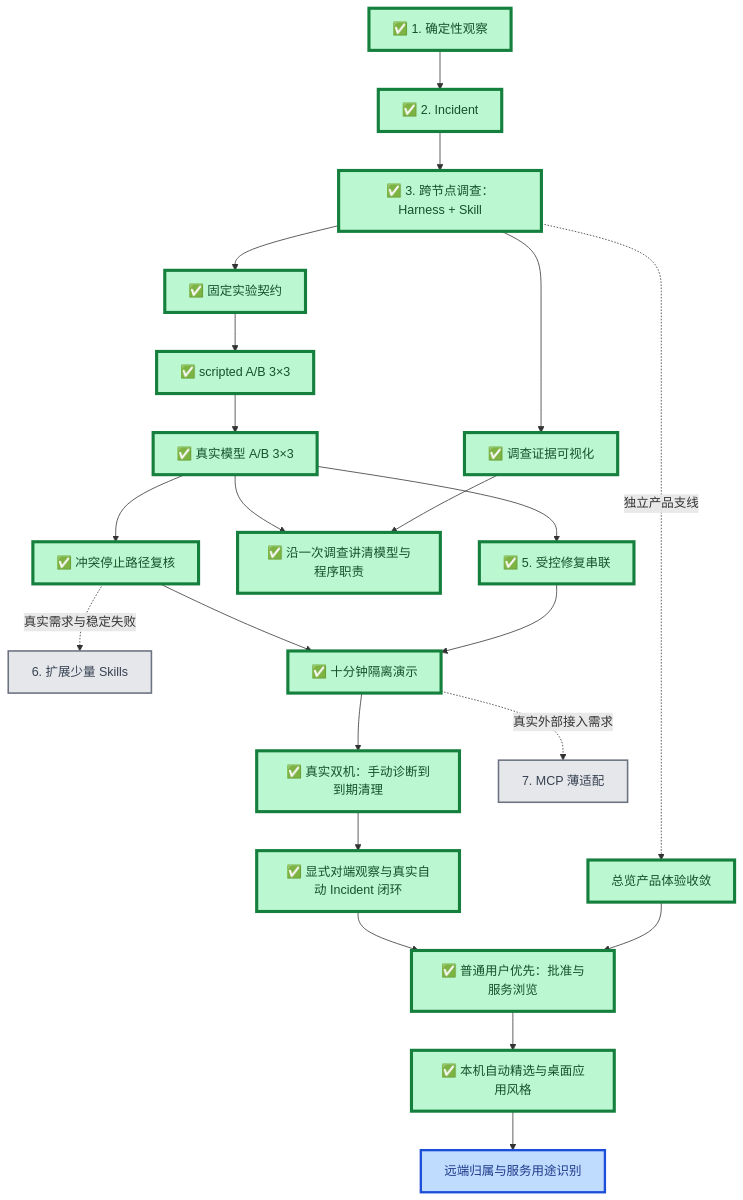
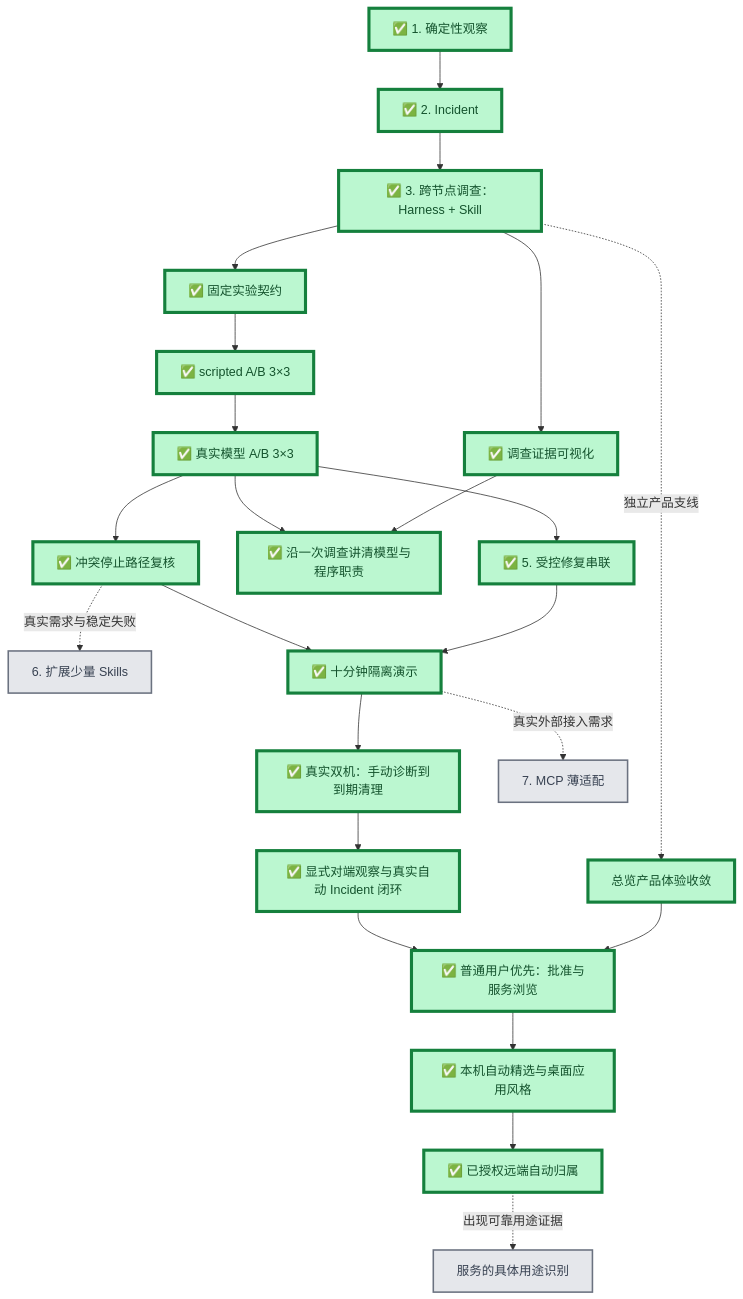
Before and after one commit to Sugarfarmeriod/TunnelMinion: the first of 2 diagrams in docs/project/roadmap.md, drawn with Mermaid. The commit also changed other lines of this file and 11 other files, not shown here.

````diff
--- a/docs/project/roadmap.md
+++ b/docs/project/roadmap.md
@@ -8,40 +8,42 @@
 ```mermaid
 flowchart TB
     A["✅ 1. 确定性观察"] --> B["✅ 2. Incident"]
     B --> C["✅ 3. 跨节点调查：Harness + Skill"]
 
     C --> D1["✅ 固定实验契约"]
     D1 --> D2["✅ scripted A/B 3×3"]
     D2 --> D3["✅ 真实模型 A/B 3×3"]
 
     D3 --> E["✅ 5. 受控修复串联"]
     C --> V["✅ 调查证据可视化"]
     V --> W["✅ 沿一次调查讲清模型与程序职责"]
     D3 --> W
     D3 --> F["✅ 冲突停止路径复核"]
     F -.真实需求与稳定失败.-> K["6. 扩展少量 Skills"]
     E --> H["✅ 十分钟隔离演示"]
     F --> H
     H --> R["✅ 真实双机：手动诊断到到期清理"]
     R --> I["✅ 显式对端观察与真实自动 Incident 闭环"]
     H -.真实外部接入需求.-> G["7. MCP 薄适配"]
 
     C -.独立产品支线.-> U["总览产品体验收敛"]
     U --> P["✅ 普通用户优先：批准与服务浏览"]
     I --> P
     P --> Q["✅ 本机自动精选与桌面应用风格"]
-    Q --> Q2["远端归属与服务用途识别"]
+    Q --> Q2["✅ 已授权远端自动归属"]
+    Q2 -.出现可靠用途证据.-> Q3["服务的具体用途识别"]
 
     classDef done fill:#bbf7d0,stroke:#15803d,stroke-width:4px,color:#14532d;
     classDef current fill:#fde68a,stroke:#b45309,stroke-width:5px,color:#78350f;
     classDef next fill:#bfdbfe,stroke:#1d4ed8,stroke-width:3px,color:#1e3a8a;
     classDef later fill:#e5e7eb,stroke:#6b7280,stroke-width:2px,color:#374151;
     class A,B,C,D1,D2,D3,E,F,H,R,V done;
     class U done;
     class W done;
     class I done;
     class G,K later;
     class P done;
     class Q done;
-    class Q2 next;
+    class Q2 done;
+    class Q3 later;
 ```
````
